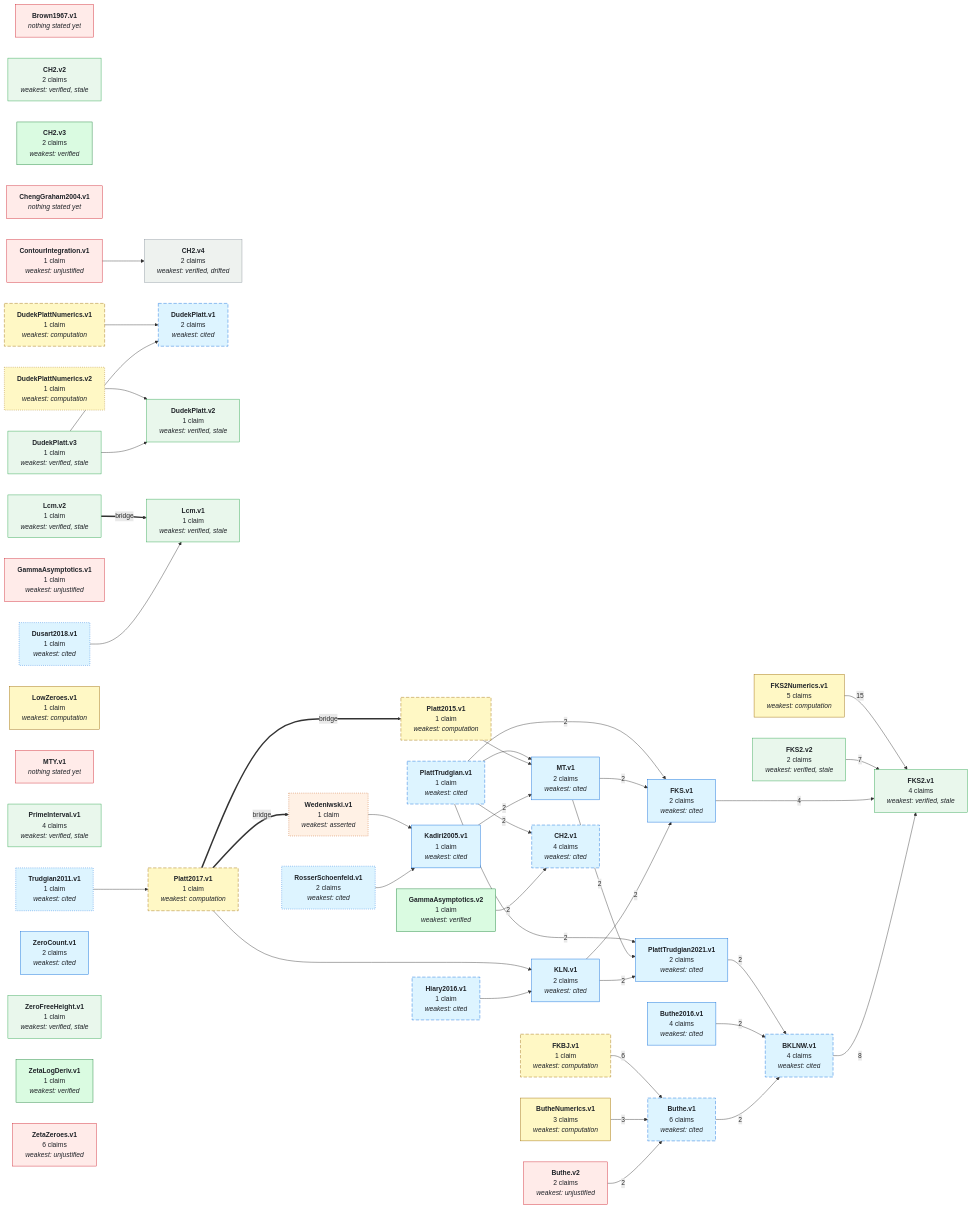
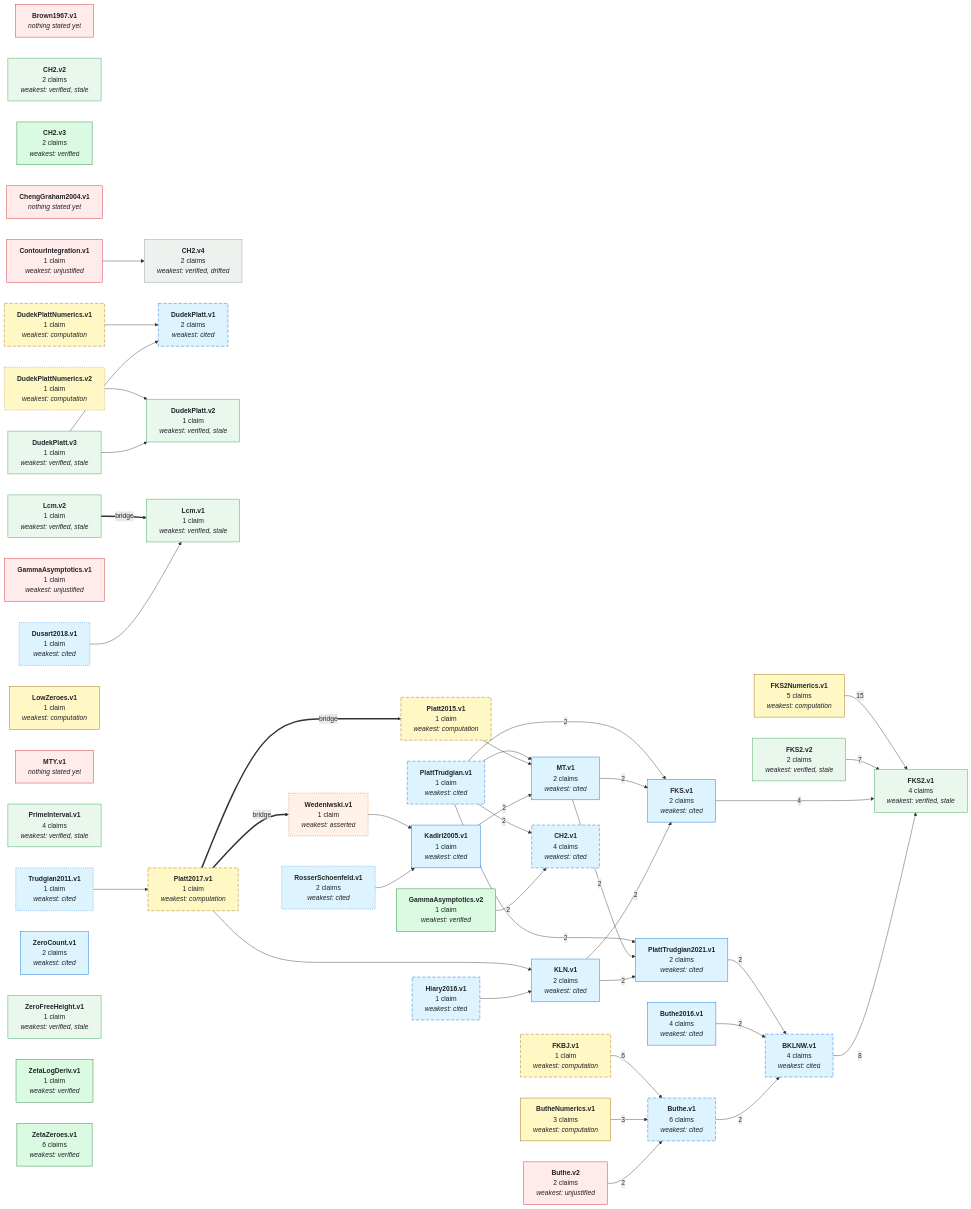
One commit to Chessing234/IEANTN changed the first of 2 diagrams in GRAPH.md. Above: the diagram before and after it, drawn with Mermaid. The commit also changed other lines of this file and 10 other files, not shown here.

Commit message:
Record verification receipt for ZetaZeroes.v1

```diff
--- a/GRAPH.md
+++ b/GRAPH.md
@@ -96,7 +96,7 @@
   NZeroCount_v1["<b>ZeroCount.v1</b><br/>2 claims<br/><i>weakest: cited</i>"]
   NZeroFreeHeight_v1["<b>ZeroFreeHeight.v1</b><br/>1 claim<br/><i>weakest: verified, stale</i>"]
   NZetaLogDeriv_v1["<b>ZetaLogDeriv.v1</b><br/>1 claim<br/><i>weakest: verified</i>"]
-  NZetaZeroes_v1["<b>ZetaZeroes.v1</b><br/>6 claims<br/><i>weakest: unjustified</i>"]
+  NZetaZeroes_v1["<b>ZetaZeroes.v1</b><br/>6 claims<br/><i>weakest: verified</i>"]
   NBKLNW_v1 -->|8| NFKS2_v1
   NButhe_v1 -->|2| NBKLNW_v1
   NButhe_v2 -->|2| NButhe_v1
@@ -147,13 +147,13 @@
   style NRosserSchoenfeld_v1 stroke-dasharray: 2 3;
   style NTrudgian2011_v1 stroke-dasharray: 2 3;
   style NWedeniwski_v1 stroke-dasharray: 2 3;
-  class NBrown1967_v1,NButhe_v2,NChengGraham2004_v1,NContourIntegration_v1,NGammaAsymptotics_v1,NMTY_v1,NZetaZeroes_v1 none_yet;
+  class NBrown1967_v1,NButhe_v2,NChengGraham2004_v1,NContourIntegration_v1,NGammaAsymptotics_v1,NMTY_v1 none_yet;
   class NCH2_v4 lean_comparator_drifted;
   class NWedeniwski_v1 asserted;
   class NBKLNW_v1,NButhe_v1,NButhe2016_v1,NCH2_v1,NDudekPlatt_v1,NDusart2018_v1,NFKS_v1,NHiary2016_v1,NKLN_v1,NKadiri2005_v1,NMT_v1,NPlattTrudgian_v1,NPlattTrudgian2021_v1,NRosserSchoenfeld_v1,NTrudgian2011_v1,NZeroCount_v1 literature;
   class NButheNumerics_v1,NDudekPlattNumerics_v1,NDudekPlattNumerics_v2,NFKBJ_v1,NFKS2Numerics_v1,NLowZeroes_v1,NPlatt2015_v1,NPlatt2017_v1 numerical;
   class NCH2_v2,NDudekPlatt_v2,NDudekPlatt_v3,NFKS2_v1,NFKS2_v2,NLcm_v1,NLcm_v2,NPrimeInterval_v1,NZeroFreeHeight_v1 lean_comparator_stale;
-  class NCH2_v3,NGammaAsymptotics_v2,NZetaLogDeriv_v1 lean_comparator;
+  class NCH2_v3,NGammaAsymptotics_v2,NZetaLogDeriv_v1,NZetaZeroes_v1 lean_comparator;
   click NBKLNW_v1 href "https://github.com/teorth/IEANTN/blob/main/docs/nodes/BKLNW-v1.md" _blank
   click NButhe_v1 href "https://github.com/teorth/IEANTN/blob/main/docs/nodes/Buthe-v1.md" _blank
   click NButhe_v2 href "https://github.com/teorth/IEANTN/blob/main/docs/nodes/Buthe-v2.md" _blank
```
